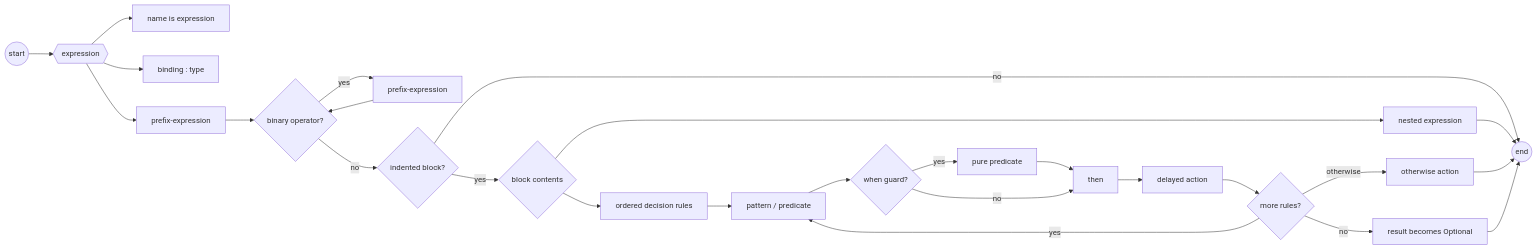
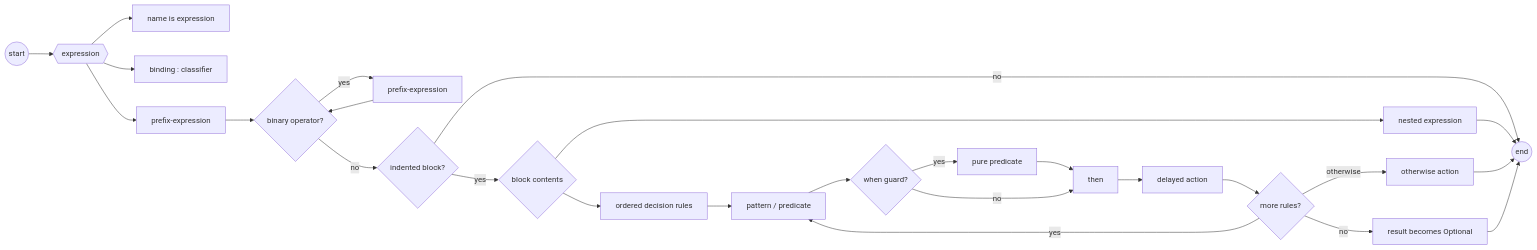
One commit to matslil/topal changed the first of 2 diagrams in syntax.md. Above: the diagram before and after it, drawn with Mermaid. The commit also changed other lines of this file and 6 other files, not shown here.

````diff
--- a/syntax.md
+++ b/syntax.md
@@ -1035,27 +1049,27 @@
 ```mermaid
 flowchart LR
     start((start)) --> expression
 
     expression{{expression}} --> binding["name is expression"]
-    expression --> classification["binding : type"]
+    expression --> classification["binding : classifier"]
     expression --> chain["prefix-expression"]
 
     chain --> more{"binary operator?"}
     more -- yes --> rhs["prefix-expression"] --> more
     more -- no --> maybeBlock{"indented block?"}
 
     maybeBlock -- no --> finish((end))
     maybeBlock -- yes --> blockKind{"block contents"}
 
     blockKind --> nested["nested expression"] --> finish
     blockKind --> rules["ordered decision rules"]
 
     rules --> matcher["pattern / predicate"]
     matcher --> when{"when guard?"}
     when -- yes --> guard["pure predicate"] --> then["then"]
     when -- no --> then
     then --> action["delayed action"] --> next{"more rules?"}
     next -- yes --> matcher
     next -- otherwise --> otherwise["otherwise action"] --> finish
     next -- no --> optional["result becomes Optional"] --> finish
 ```
````
